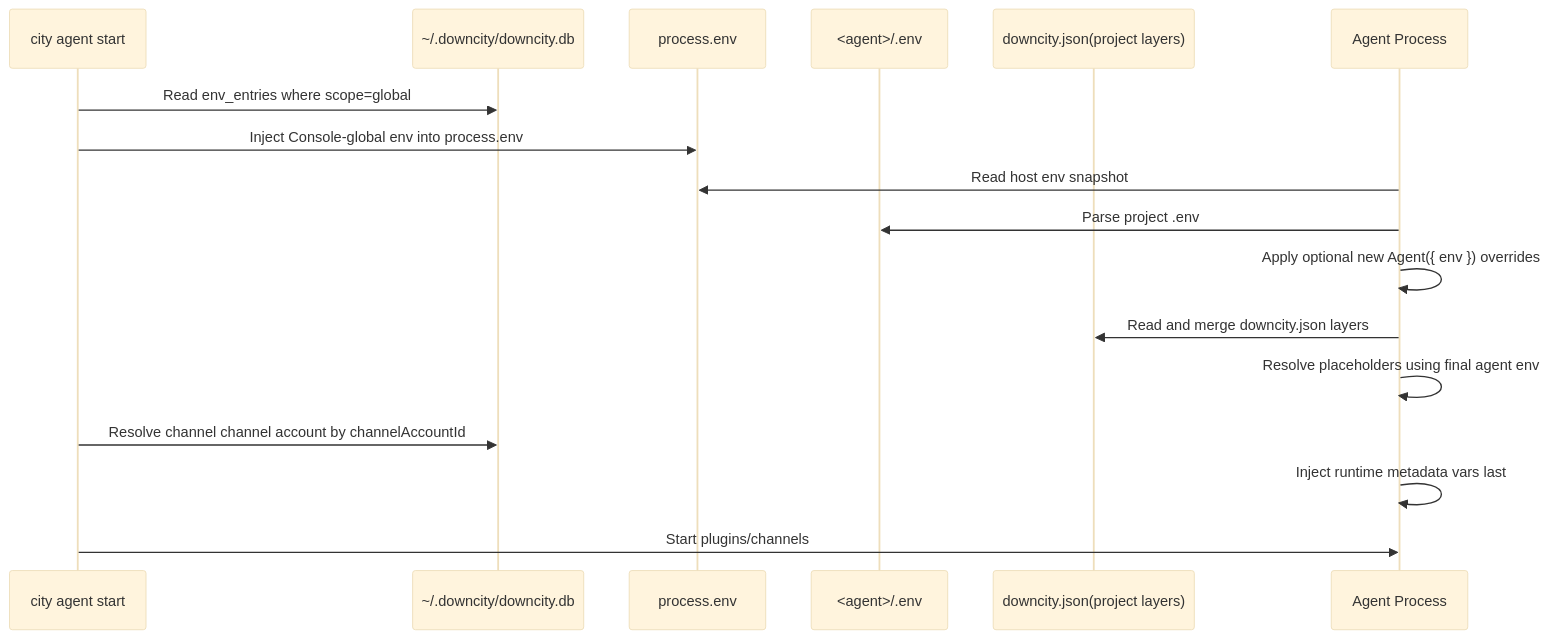
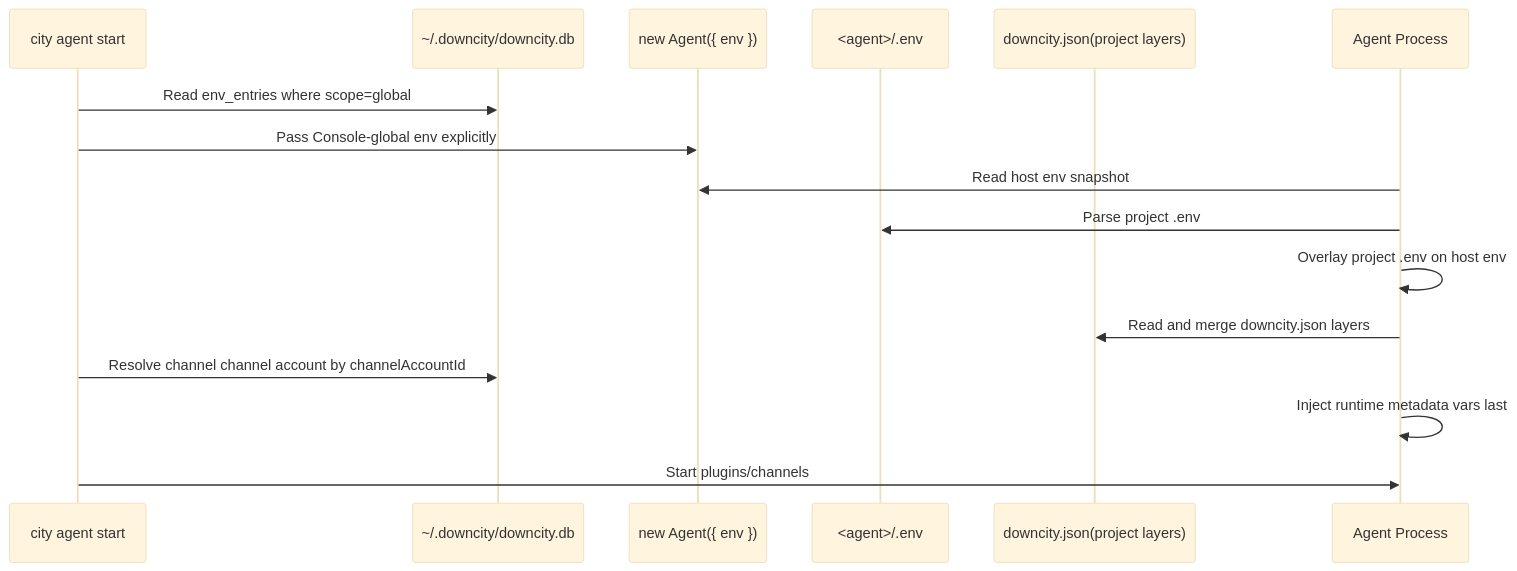
Before and after one commit to wangenius/downcity: the first of 2 diagrams in homepage/content/docs/en/configuration/environment-variables.mdx, drawn with Mermaid (base theme). The commit also changed other lines of this file and 34 other files, not shown here.

Commit message:
refactor(env): inject host env and drop config placeholders

````diff
--- a/homepage/content/docs/en/configuration/environment-variables.mdx
+++ b/homepage/content/docs/en/configuration/environment-variables.mdx
@@ -38,20 +37,19 @@
 ```mermaid
 sequenceDiagram
   participant CLI as city agent start
   participant DB as ~/.downcity/downcity.db
-  participant PROC as process.env
+  participant HOST as new Agent({ env })
   participant ENV as <agent>/.env
   participant JSON as downcity.json(project layers)
   participant RT as Agent Process
 
   CLI->>DB: Read env_entries where scope=global
-  CLI->>PROC: Inject Console-global env into process.env
-  RT->>PROC: Read host env snapshot
+  CLI->>HOST: Pass Console-global env explicitly
+  RT->>HOST: Read host env snapshot
   RT->>ENV: Parse project .env
-  RT->>RT: Apply optional new Agent({ env }) overrides
+  RT->>RT: Overlay project .env on host env
   RT->>JSON: Read and merge downcity.json layers
-  RT->>RT: Resolve placeholders using final agent env
   CLI->>DB: Resolve channel channel account by channelAccountId
   RT->>RT: Inject runtime metadata vars last
   CLI->>RT: Start plugins/channels
 ```
````
